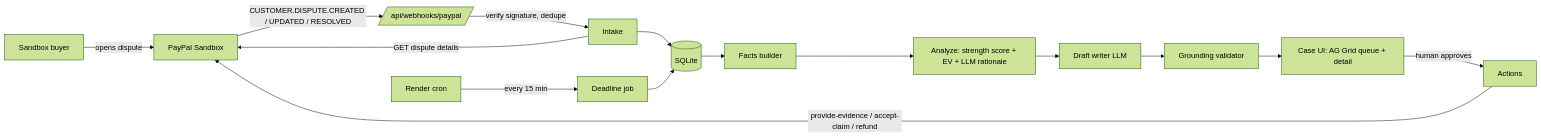
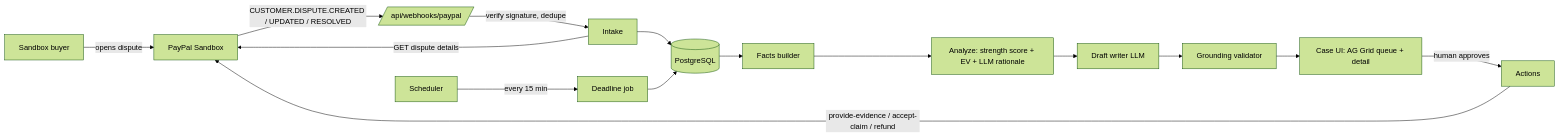
Before and after one commit to Ferdinand-MZ/dispute-defender: the diagram in docs/02-ARCHITECTURE.md, drawn with Mermaid (forest theme). The commit also changed other lines of this file and 25 other files, not shown here.

First line of the commit message:
Refactor project to use PostgreSQL instead of SQLite, update documentation, and improve AI model handling

````diff
--- a/docs/02-ARCHITECTURE.md
+++ b/docs/02-ARCHITECTURE.md
@@ -7,17 +7,17 @@
 ```mermaid
 flowchart LR
   Buyer[Sandbox buyer] -->|opens dispute| PP[PayPal Sandbox]
   PP -->|CUSTOMER.DISPUTE.CREATED / UPDATED / RESOLVED| WH[/api/webhooks/paypal/]
   WH -->|verify signature, dedupe| Intake[Intake]
   Intake -->|GET dispute details| PP
-  Intake --> DB[(SQLite)]
+  Intake --> DB[(PostgreSQL)]
   DB --> Facts[Facts builder]
   Facts --> Analyze[Analyze: strength score + EV + LLM rationale]
   Analyze --> Draft[Draft writer LLM]
   Draft --> Ground[Grounding validator]
   Ground --> UI[Case UI: AG Grid queue + detail]
   UI -->|human approves| Actions[Actions]
   Actions -->|provide-evidence / accept-claim / refund| PP
-  Cron[Render cron] -->|every 15 min| Deadlines[Deadline job]
+  Cron[Scheduler] -->|every 15 min| Deadlines[Deadline job]
   Deadlines --> DB
 ```
````
